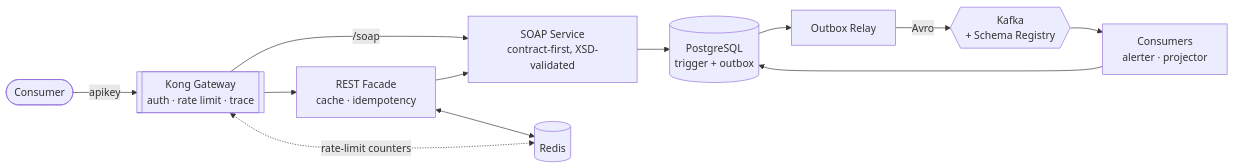
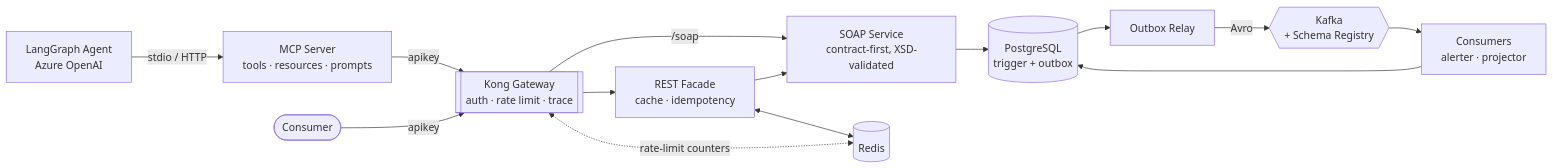
Before and after one commit to jdoan5/Integration-and-API-Platform: the diagram in README.md, drawn with Mermaid. The commit also changed other lines of this file and 20 other files, not shown here.

Commit message:
mcp-agent

````diff
--- a/README.md
+++ b/README.md
@@ -14,24 +15,28 @@
 ```mermaid
 flowchart LR
     Client([Consumer])
+    Agent["LangGraph Agent<br/>Azure OpenAI"]
+    MCP["MCP Server<br/>tools · resources · prompts"]
     Kong[["Kong Gateway<br/>auth · rate limit · trace"]]
     REST["REST Facade<br/>cache · idempotency"]
     SOAP["SOAP Service<br/>contract-first, XSD-validated"]
     Redis[("Redis")]
     PG[("PostgreSQL<br/>trigger + outbox")]
     Relay["Outbox Relay"]
     Kafka{{"Kafka<br/>+ Schema Registry"}}
     Cons["Consumers<br/>alerter · projector"]
 
+    Agent -->|stdio / HTTP| MCP
+    MCP -->|apikey| Kong
     Client -->|apikey| Kong
     Kong --> REST
     Kong -->|/soap| SOAP
     REST --> SOAP
     REST <--> Redis
     Kong <-.->|rate-limit counters| Redis
     SOAP --> PG
     PG --> Relay
     Relay -->|Avro| Kafka
     Kafka --> Cons
     Cons --> PG
 ```
````
